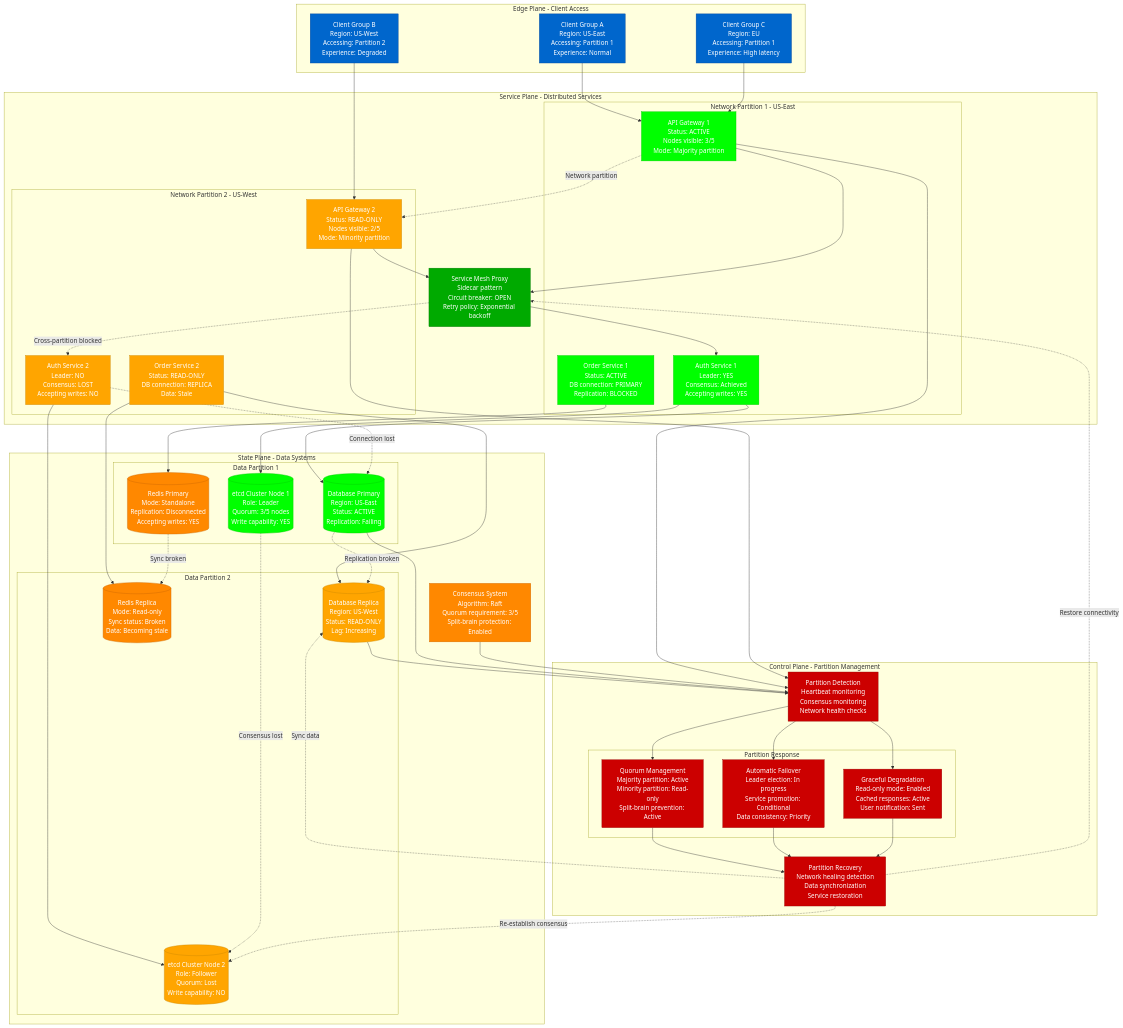
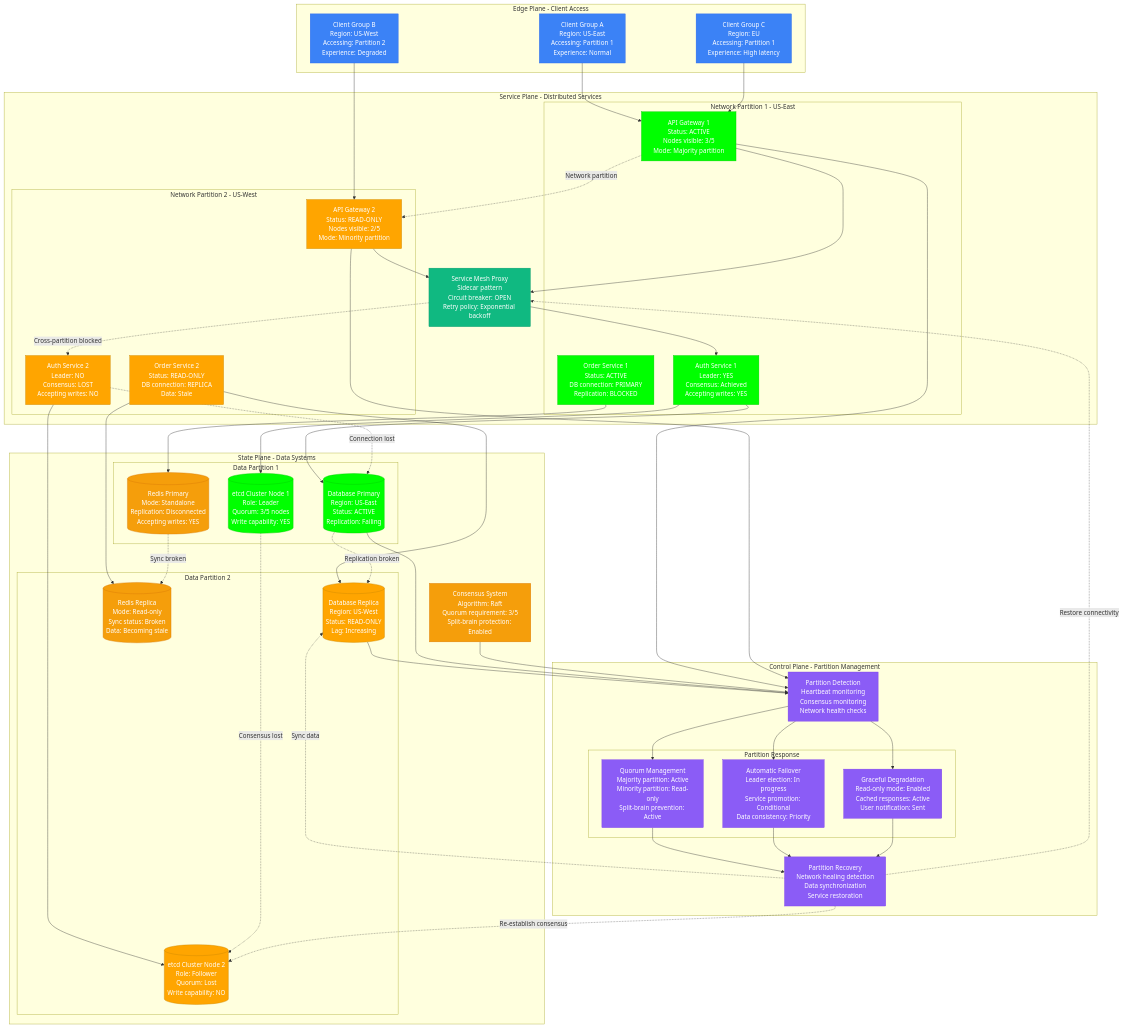
One commit to deepaucksharma/DS changed the diagram in site/docs/incidents/response-patterns/distributed-systems/network-partition-handling.md. Above: the diagram before and after it, drawn with Mermaid. The commit also changed 303 other files, not shown here.

```diff
--- a/site/docs/incidents/response-patterns/distributed-systems/network-partition-handling.md
+++ b/site/docs/incidents/response-patterns/distributed-systems/network-partition-handling.md
@@ -112,13 +112,13 @@
     RECOVERY -.->|"Re-establish consensus"| ETCD_2
 
     %% 4-plane styling
-    classDef edgeStyle fill:#0066CC,stroke:#004499,color:#fff
-    classDef serviceStyle fill:#00AA00,stroke:#007700,color:#fff
-    classDef stateStyle fill:#FF8800,stroke:#CC6600,color:#fff
-    classDef controlStyle fill:#CC0000,stroke:#990000,color:#fff
+    classDef edgeStyle fill:#3B82F6,stroke:#2563EB,color:#fff
+    classDef serviceStyle fill:#10B981,stroke:#059669,color:#fff
+    classDef stateStyle fill:#F59E0B,stroke:#D97706,color:#fff
+    classDef controlStyle fill:#8B5CF6,stroke:#7C3AED,color:#fff
     classDef activeStyle fill:#00FF00,stroke:#00CC00,color:#fff
     classDef readOnlyStyle fill:#FFA500,stroke:#CC8800,color:#fff
-    classDef failedStyle fill:#FF0000,stroke:#CC0000,color:#fff
+    classDef failedStyle fill:#FF0000,stroke:#8B5CF6,color:#fff
 
     class CLIENT_A,CLIENT_B,CLIENT_C edgeStyle
     class API_1,API_2,AUTH_1,AUTH_2,ORDER_1,ORDER_2,PROXY serviceStyle
```
